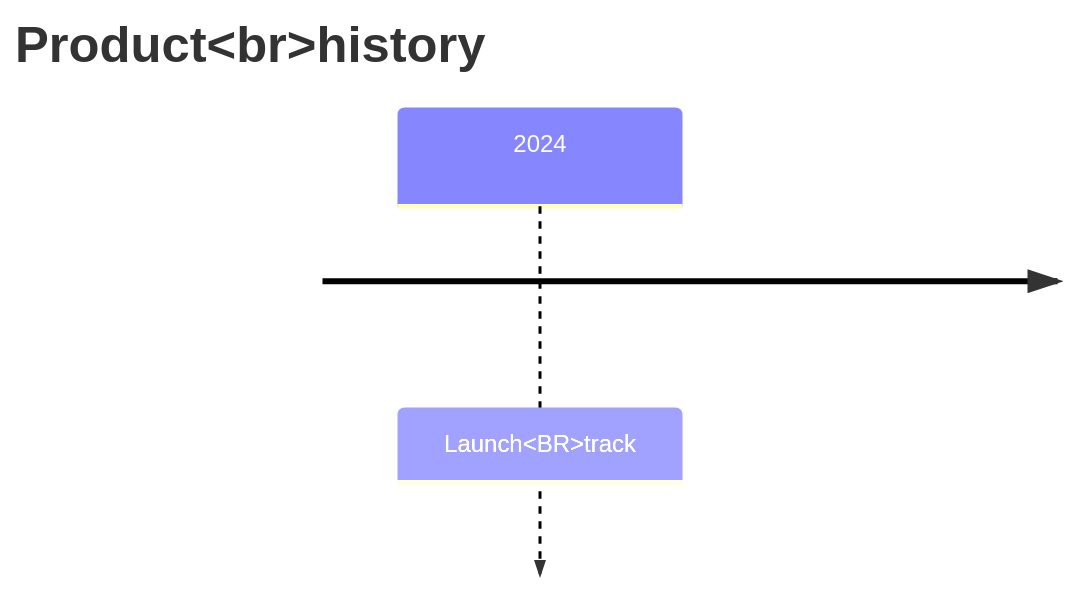
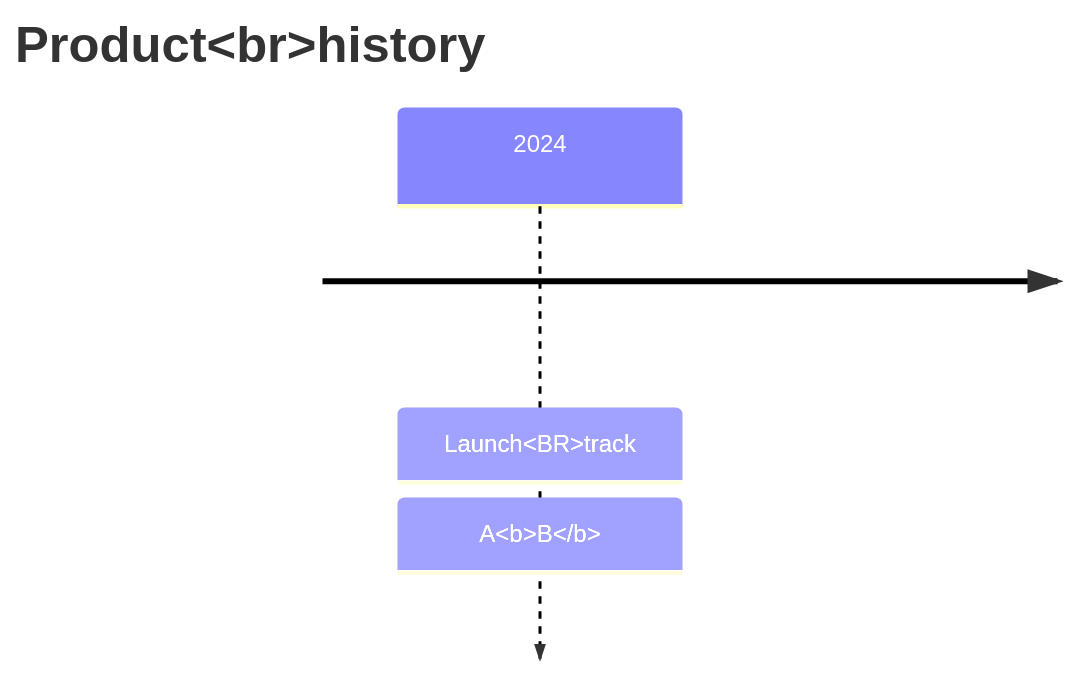
The diagram in docs/pr-assets/pr-321/timeline-literal.mmd (adewale/agentic-mermaid), drawn with Mermaid before and after one commit. The commit also changed 20 other files, not shown here.

Commit message:
fix(timeline): render and measure authored formatting tags literally

```diff
--- a/docs/pr-assets/pr-321/timeline-literal.mmd
+++ b/docs/pr-assets/pr-321/timeline-literal.mmd
@@ -1,3 +1,3 @@
 timeline
   title Product<BR>history
-  2024 : Launch<BR>track
+  2024 : Launch<BR>track : A<b>B</b>
```
